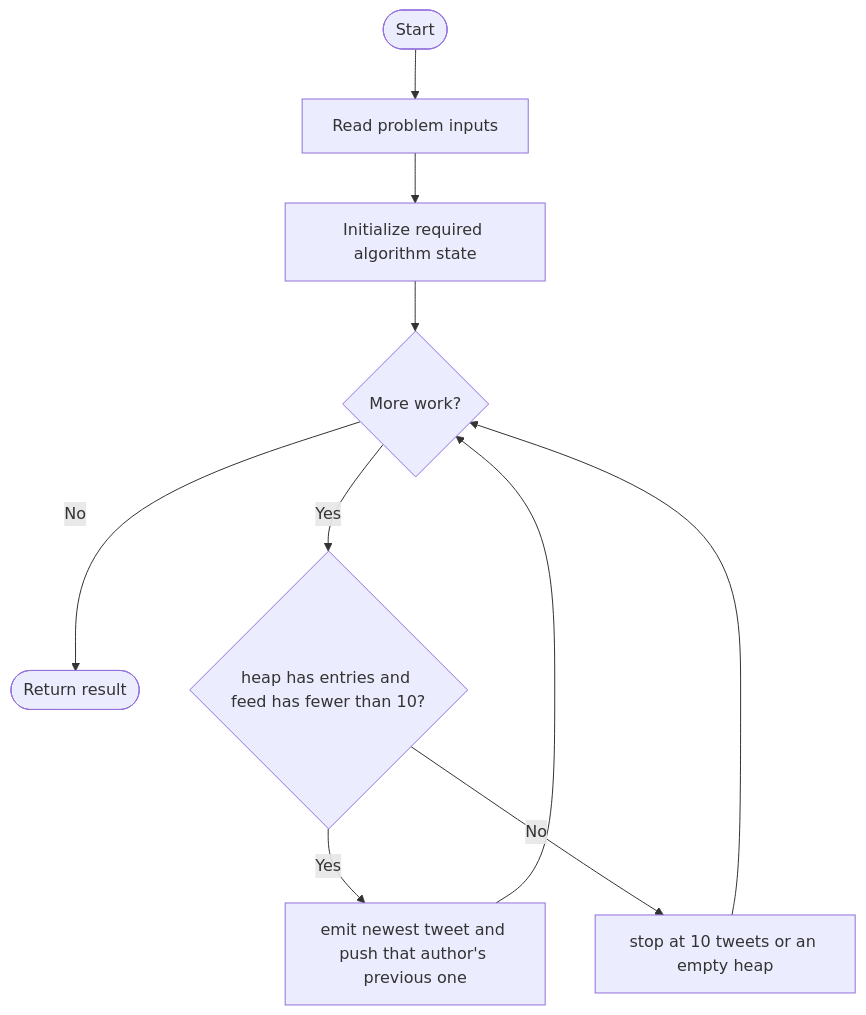
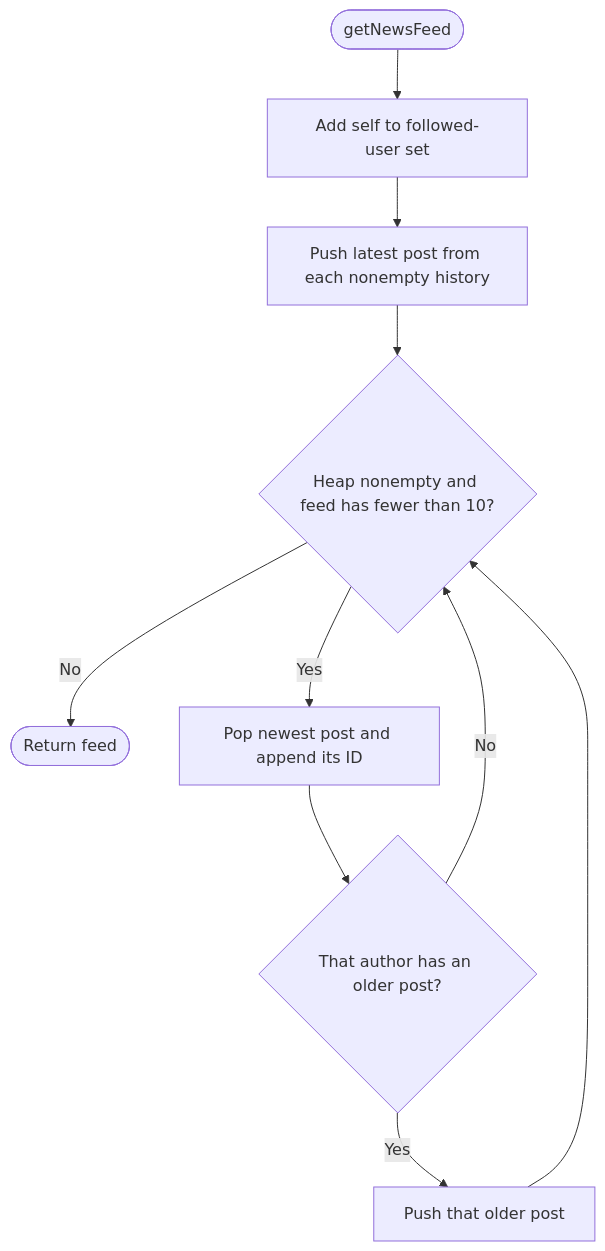
Before and after one commit to SAIDEEPBHANGE/C-CPP-Codes: the diagram in LeetCode/355/README.md, drawn with Mermaid. The commit also changed other lines of this file and 196 other files, not shown here.

````diff
--- a/LeetCode/355/README.md
+++ b/LeetCode/355/README.md
@@ -13,12 +37,12 @@
 ```mermaid
 flowchart TD
-    A([Start]) --> B[Read problem inputs]
-    B --> C[Initialize required algorithm state]
-    C --> D{More work?}
-    D -- No --> Z([Return result])
-    D -- Yes --> E{heap has entries and feed has fewer than 10?}
-    E -- Yes --> F[emit newest tweet and push that author's previous one]
-    E -- No --> G[stop at 10 tweets or an empty heap]
-    F --> D
-    G --> D
+    A([getNewsFeed]) --> B[Add self to followed-user set]
+    B --> C[Push latest post from each nonempty history]
+    C --> D{Heap nonempty and feed has fewer than 10?}
+    D -- No --> G([Return feed])
+    D -- Yes --> E[Pop newest post and append its ID]
+    E --> F{That author has an older post?}
+    F -- Yes --> H[Push that older post]
+    F -- No --> D
+    H --> D
 ```
````
